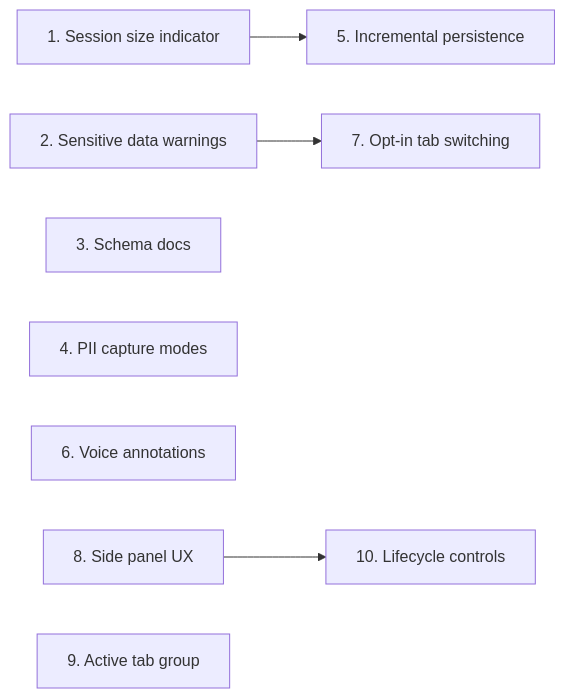
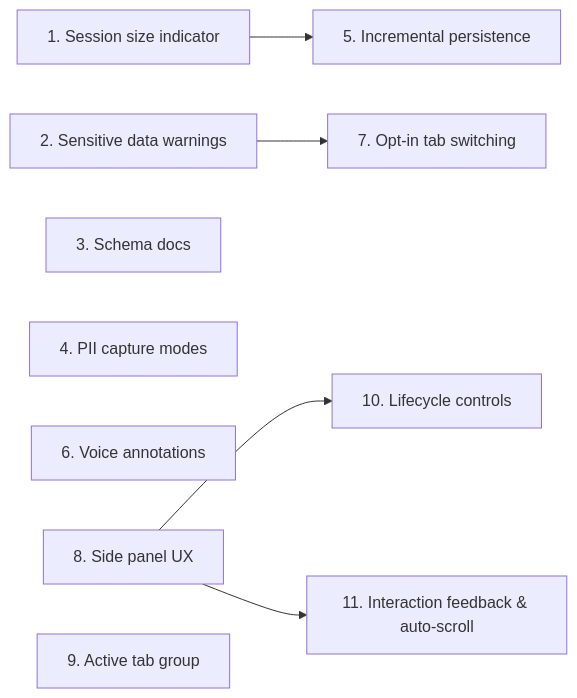
Before and after one commit to thehogfather/deskcheck: the diagram in docs/roadmap.md, drawn with Mermaid. The commit also changed other lines of this file, not shown here.

First line of the commit message:
docs(roadmap): add feature #11 for interaction feedback and event list auto-scroll

````diff
--- a/docs/roadmap.md
+++ b/docs/roadmap.md
@@ -199,10 +214,11 @@
 ```mermaid
 graph LR
     1[1. Session size indicator] --> 5[5. Incremental persistence]
     2[2. Sensitive data warnings] --> 7[7. Opt-in tab switching]
     3[3. Schema docs]
     4[4. PII capture modes]
     6[6. Voice annotations]
     8[8. Side panel UX] --> 10[10. Lifecycle controls]
+    8 --> 11[11. Interaction feedback & auto-scroll]
     9[9. Active tab group]
 ```
````
